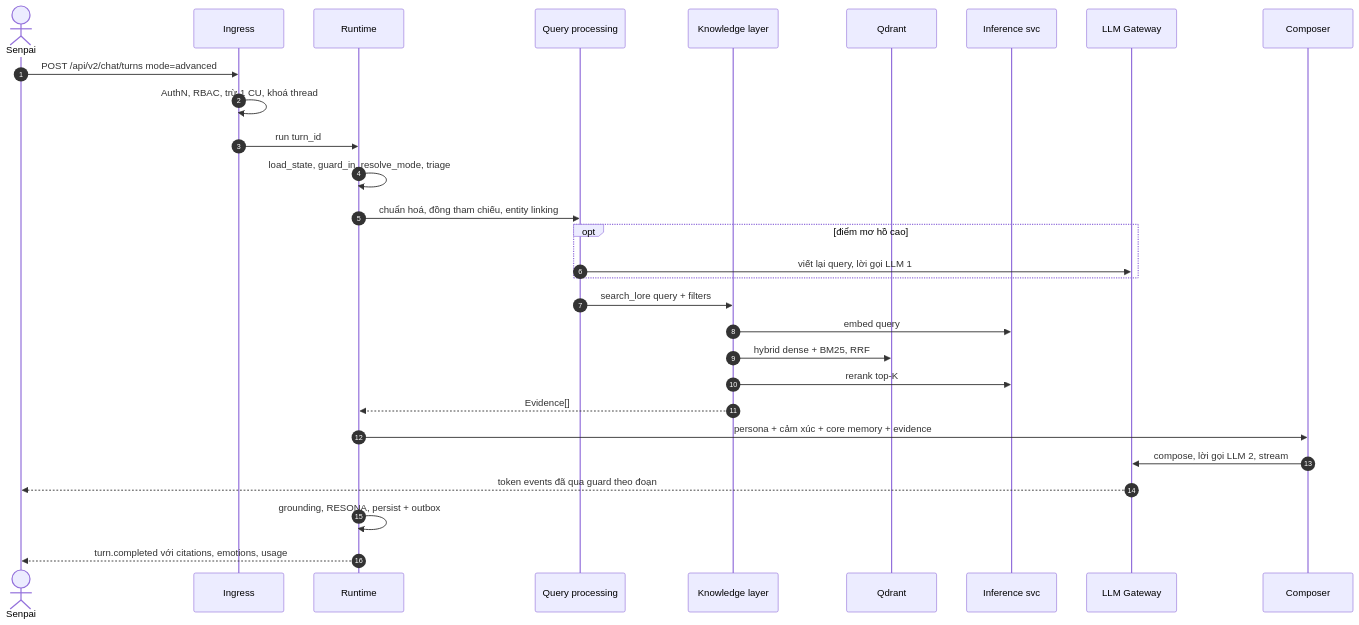
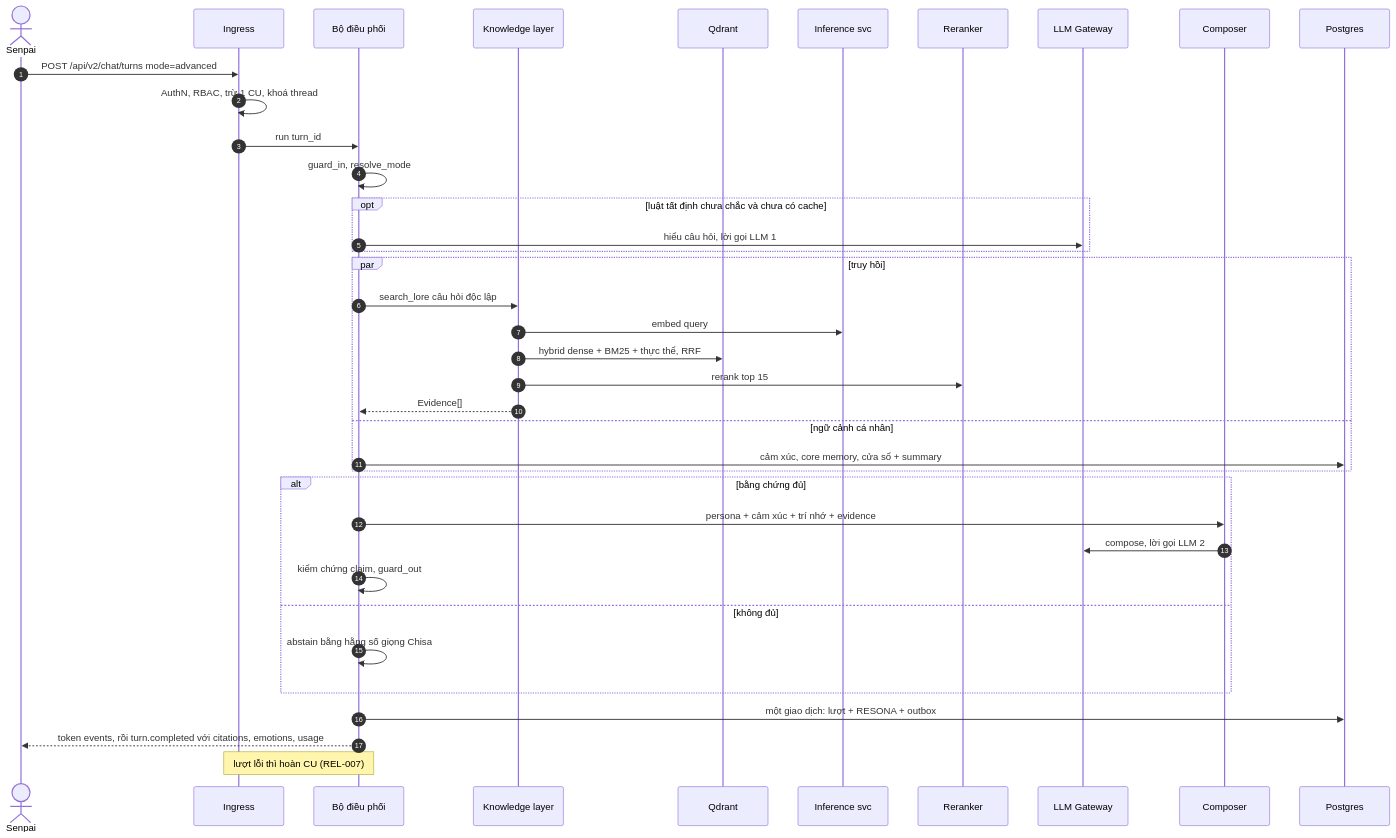
Before and after one commit to HoanBuCon/Kuchiba-Chisa: the eighth of 23 diagrams in docs/SRS_Chisa_v2_Advanced_Agentic_RAG.md, drawn with Mermaid. The commit also changed other lines of this file and 2 other files, not shown here.

First line of the commit message:
docs(srs): align the SRS with the researched architecture (v2.3.0)

````diff
--- a/docs/SRS_Chisa_v2_Advanced_Agentic_RAG.md
+++ b/docs/SRS_Chisa_v2_Advanced_Agentic_RAG.md
@@ -436,31 +435,40 @@
 ```mermaid
 sequenceDiagram
   autonumber
   actor U as Senpai
   participant IN as Ingress
-  participant RT as Runtime
-  participant QP as Query processing
+  participant RT as Bộ điều phối
   participant KN as Knowledge layer
   participant QD as Qdrant
   participant INF as Inference svc
+  participant RR as Reranker
   participant GW as LLM Gateway
   participant CMP as Composer
+  participant DB as Postgres
   U->>IN: POST /api/v2/chat/turns mode=advanced
   IN->>IN: AuthN, RBAC, trừ 1 CU, khoá thread
   IN->>RT: run turn_id
-  RT->>RT: load_state, guard_in, resolve_mode, triage
-  RT->>QP: chuẩn hoá, đồng tham chiếu, entity linking
-  opt điểm mơ hồ cao
-    QP->>GW: viết lại query, lời gọi LLM 1
+  RT->>RT: guard_in, resolve_mode
+  opt luật tất định chưa chắc và chưa có cache
+    RT->>GW: hiểu câu hỏi, lời gọi LLM 1
   end
-  QP->>KN: search_lore query + filters
-  KN->>INF: embed query
-  KN->>QD: hybrid dense + BM25, RRF
-  KN->>INF: rerank top-K
-  KN-->>RT: Evidence[]
-  RT->>CMP: persona + cảm xúc + core memory + evidence
-  CMP->>GW: compose, lời gọi LLM 2, stream
-  GW-->>U: token events đã qua guard theo đoạn
-  RT->>RT: grounding, RESONA, persist + outbox
-  RT-->>U: turn.completed với citations, emotions, usage
+  par truy hồi
+    RT->>KN: search_lore câu hỏi độc lập
+    KN->>INF: embed query
+    KN->>QD: hybrid dense + BM25 + thực thể, RRF
+    KN->>RR: rerank top 15
+    KN-->>RT: Evidence[]
+  and ngữ cảnh cá nhân
+    RT->>DB: cảm xúc, core memory, cửa sổ + summary
+  end
+  alt bằng chứng đủ
+    RT->>CMP: persona + cảm xúc + trí nhớ + evidence
+    CMP->>GW: compose, lời gọi LLM 2
+    RT->>RT: kiểm chứng claim, guard_out
+  else không đủ
+    RT->>RT: abstain bằng hằng số giọng Chisa
+  end
+  RT->>DB: một giao dịch: lượt + RESONA + outbox
+  RT-->>U: token events, rồi turn.completed với citations, emotions, usage
+  Note over IN,RT: lượt lỗi thì hoàn CU (REL-007)
 ```
````
